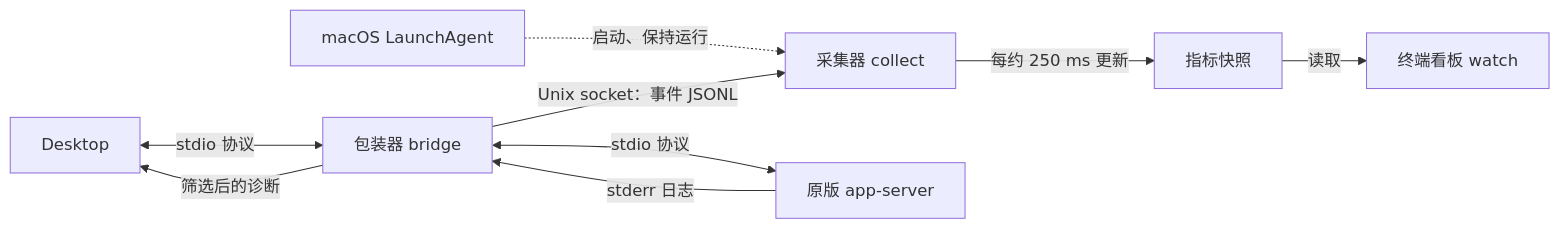
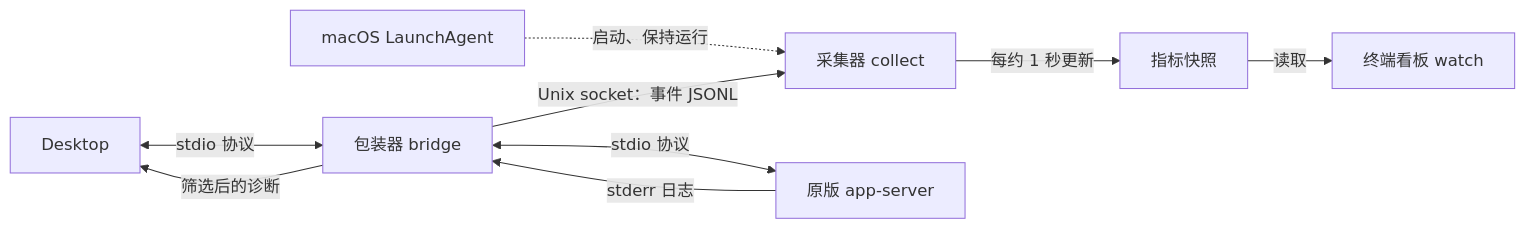
The diagram in docs/02_product_mvp/startup-and-processes.md (liuhanzhang/codex-activity-monitor), drawn with Mermaid before and after one commit. The commit also changed 5 other files, not shown here.

````diff
--- a/docs/02_product_mvp/startup-and-processes.md
+++ b/docs/02_product_mvp/startup-and-processes.md
@@ -19,11 +19,11 @@
 ```mermaid
 flowchart LR
     L["macOS LaunchAgent"] -.->|"启动、保持运行"| C["采集器 collect"]
     D["Desktop"] <-->|"stdio 协议"| W["包装器 bridge"]
     W <-->|"stdio 协议"| A["原版 app-server"]
     A -->|"stderr 日志"| W
     W -->|"筛选后的诊断"| D
     W -->|"Unix socket：事件 JSONL"| C
-    C -->|"每约 250 ms 更新"| S["指标快照"]
+    C -->|"每约 1 秒更新"| S["指标快照"]
     S -->|"读取"| V["终端看板 watch"]
 ```
````
